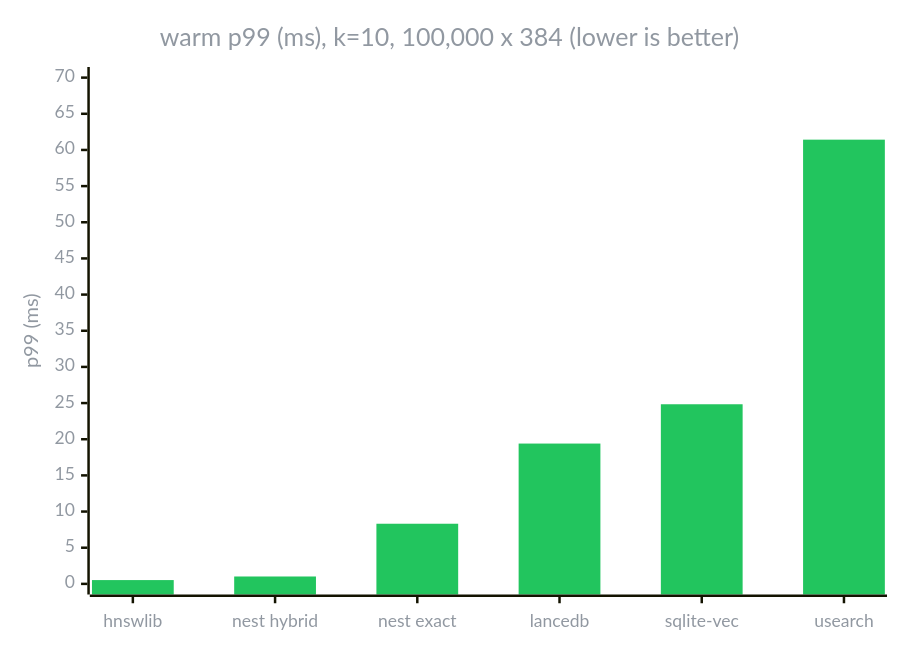
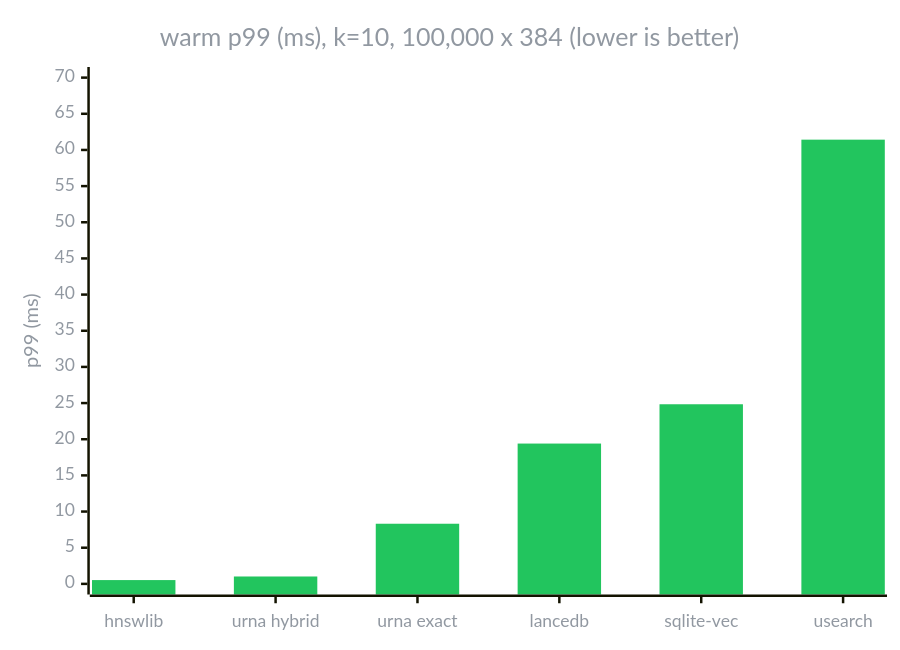
One commit to hoffresearch/nest changed the fourth of 7 diagrams in README.md. Above: the diagram before and after it, drawn with Mermaid. The commit also changed other lines of this file and 454 other files, not shown here.

First line of the commit message:
rename the project from nest to urna

````diff
--- a/README.md
+++ b/README.md
@@ -432,20 +438,20 @@
 ```mermaid
 ---
 config:
   theme: base
   themeVariables:
     xyChart:
       backgroundColor: "transparent"
       titleColor: "#9198a1"
       xAxisLabelColor: "#9198a1"
       xAxisTitleColor: "#9198a1"
       yAxisLabelColor: "#9198a1"
       yAxisTitleColor: "#9198a1"
       plotColorPalette: "#22C55E"
 ---
 xychart-beta
   title "warm p99 (ms), k=10, 100,000 x 384 (lower is better)"
-  x-axis ["hnswlib", "nest hybrid", "nest exact", "lancedb", "sqlite-vec", "usearch"]
+  x-axis ["hnswlib", "urna hybrid", "urna exact", "lancedb", "sqlite-vec", "usearch"]
   y-axis "p99 (ms)" 0 --> 70
   bar [0.525, 1.021, 8.315, 19.401, 24.836, 61.422]
 ```
````
